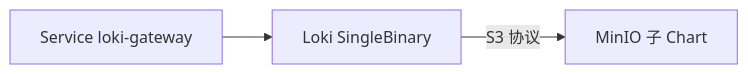
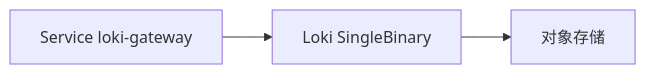
Before and after one commit to brinnatt/kubeauto: diagram 38 of 47 in docs/efk/EFK.md, drawn with Mermaid. The commit also changed other lines of this file, not shown here.

````diff
--- a/docs/efk/EFK.md
+++ b/docs/efk/EFK.md
@@ -2210,8 +2288,8 @@
 ```mermaid
 flowchart LR
   GW["Service loki-gateway"]
   SB["Loki SingleBinary"]
-  MI["MinIO 子 Chart"]
+  OB["对象存储"]
   GW --> SB
-  SB -->|"S3 协议"| MI
+  SB --> OB
 ```
````
